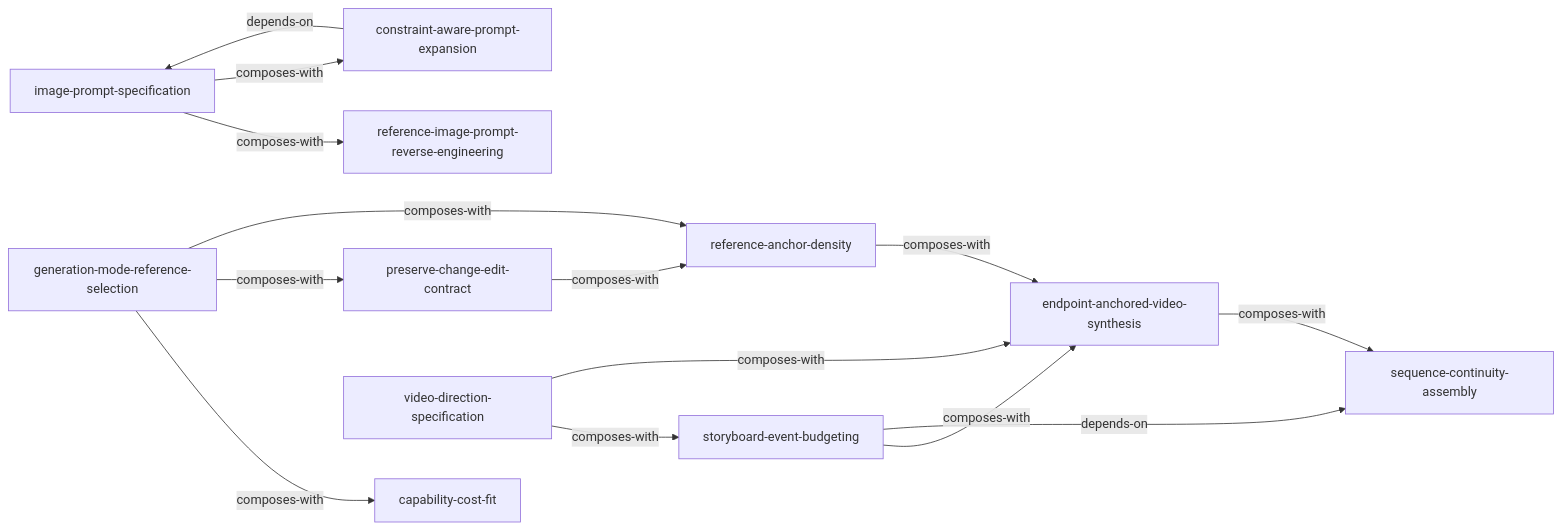
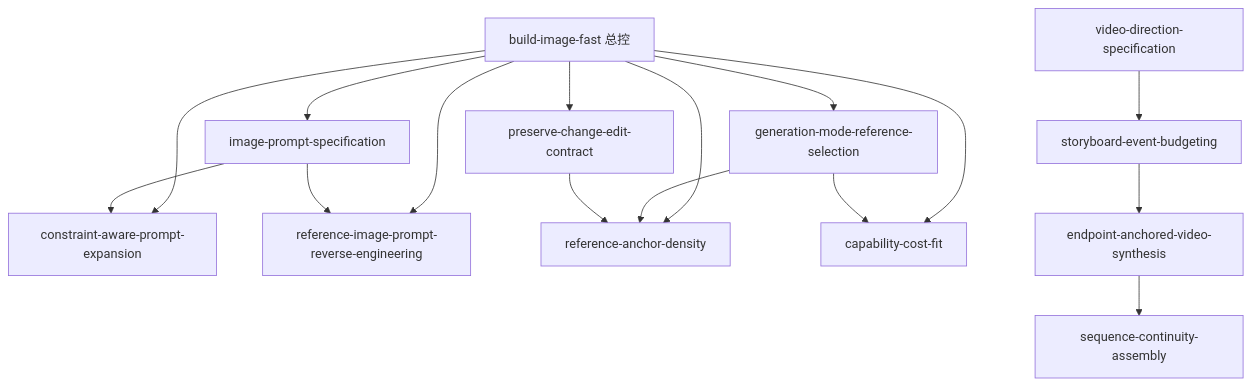
One commit to linjiahao068-source/ai-image-video-skill changed the diagram in INDEX.md. Above: the diagram before and after it, drawn with Mermaid. The commit also changed other lines of this file and 15 other files, not shown here.

Commit message:
feat: add staged image build workflow

````diff
--- a/INDEX.md
+++ b/INDEX.md
@@ -33,18 +35,20 @@
 ```mermaid
-graph LR
-  A[image-prompt-specification] -->|composes-with| B[reference-image-prompt-reverse-engineering]
-  A -->|composes-with| C[constraint-aware-prompt-expansion]
-  C -->|depends-on| A
+graph TD
+  O["build-image-fast 总控"] --> A["generation-mode-reference-selection"]
+  O --> B["constraint-aware-prompt-expansion"]
+  O --> C["image-prompt-specification"]
+  O --> D["reference-image-prompt-reverse-engineering"]
+  O --> E["reference-anchor-density"]
+  O --> F["capability-cost-fit"]
+  O --> G["preserve-change-edit-contract"]
 
-  D[generation-mode-reference-selection] -->|composes-with| E[capability-cost-fit]
-  D -->|composes-with| F[preserve-change-edit-contract]
-  D -->|composes-with| G[reference-anchor-density]
-  F -->|composes-with| G
-  G -->|composes-with| J[endpoint-anchored-video-synthesis]
+  C --> D
+  C --> B
+  A --> E
+  A --> F
+  G --> E
 
-  H[video-direction-specification] -->|composes-with| I[storyboard-event-budgeting]
-  H -->|composes-with| J
-  I -->|composes-with| J
-  I -->|depends-on| K[sequence-continuity-assembly]
-  J -->|composes-with| K
+  H["video-direction-specification"] --> I["storyboard-event-budgeting"]
+  I --> J["endpoint-anchored-video-synthesis"]
+  J --> K["sequence-continuity-assembly"]
 ```
````
